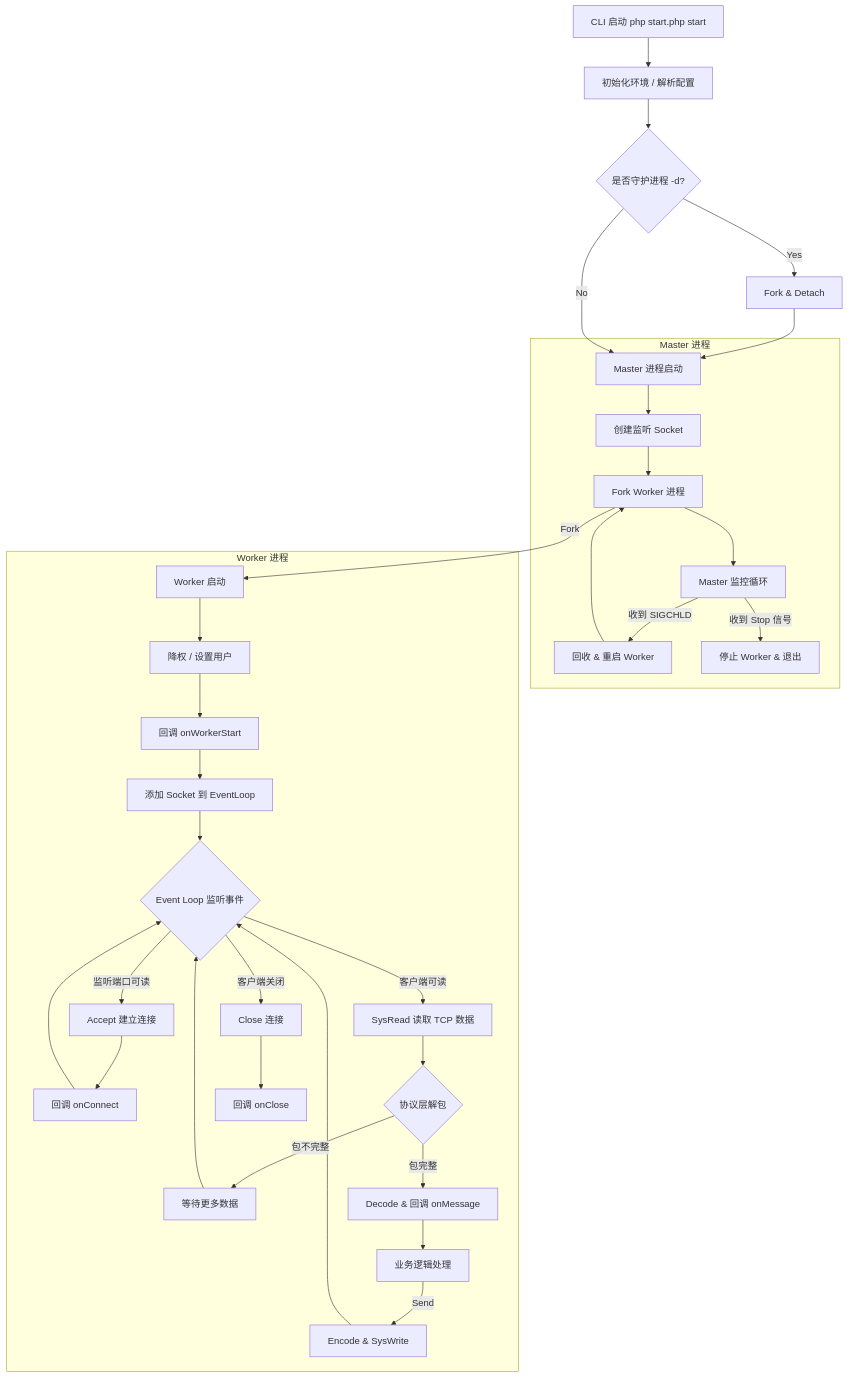
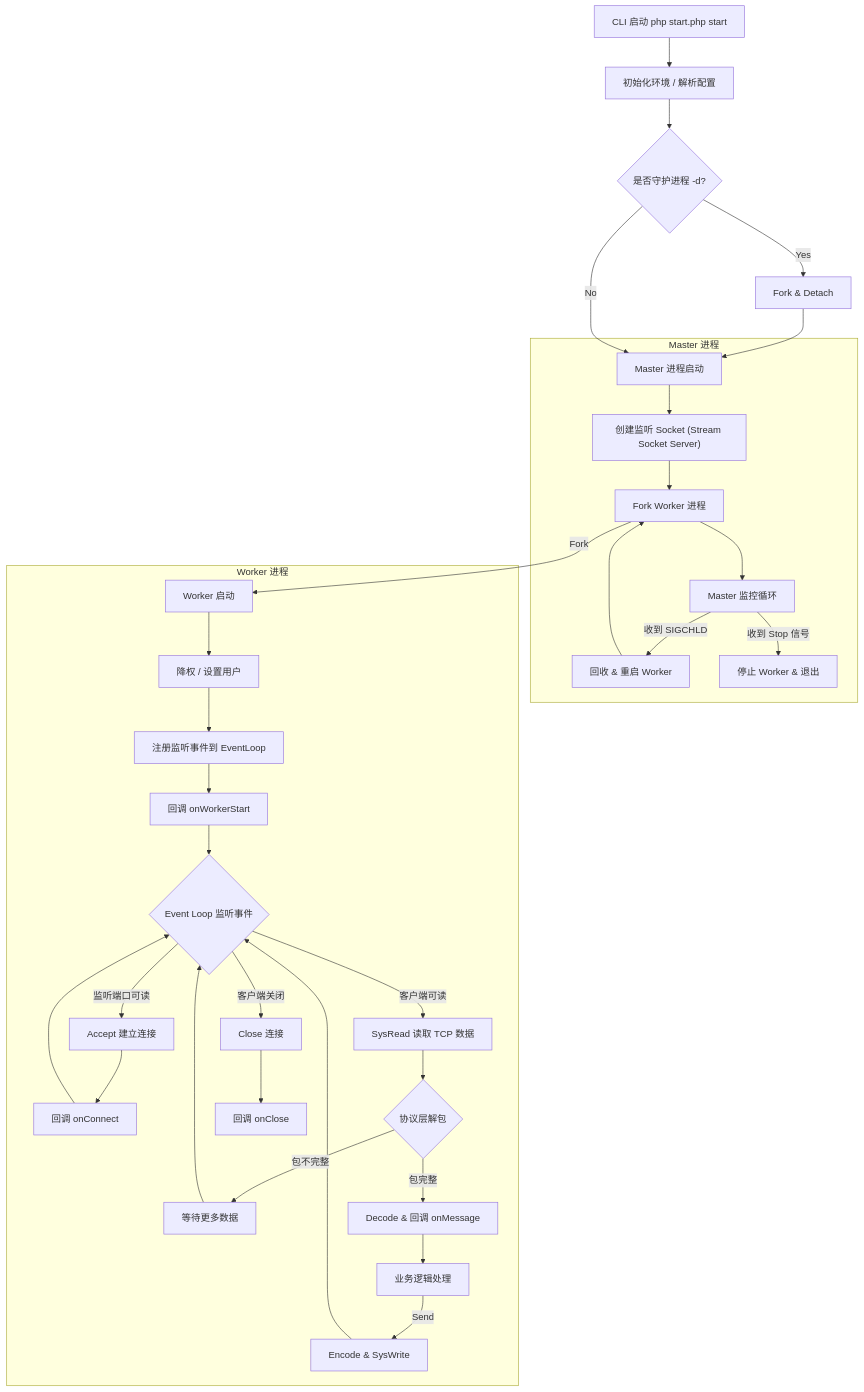
The first of 2 diagrams in workerman.md (goKosPlay/php-interview-and-answser), drawn with Mermaid before and after one commit.

````diff
--- a/workerman.md
+++ b/workerman.md
@@ -15,42 +15,42 @@
     ```mermaid
     graph TD
         Start[CLI 启动 php start.php start] --> Init[初始化环境 / 解析配置]
         Init --> Daemon{是否守护进程 -d?}
         Daemon -- Yes --> ForkMaster[Fork & Detach]
         ForkMaster --> MasterRunning[Master 进程启动]
         Daemon -- No --> MasterRunning
         
         subgraph MasterProcess [Master 进程]
-            MasterRunning --> CreateSocket[创建监听 Socket]
-            CreateSocket --> ForkWorkers[Fork Worker 进程]
+            MasterRunning --> CreateSockets["创建监听 Socket (Stream Socket Server)"]
+            CreateSockets --> ForkWorkers[Fork Worker 进程]
             ForkWorkers --> MasterLoop[Master 监控循环]
             MasterLoop -- 收到 SIGCHLD --> ReloadWorker[回收 & 重启 Worker]
             ReloadWorker --> ForkWorkers
             MasterLoop -- 收到 Stop 信号 --> StopWorkers[停止 Worker & 退出]
         end
         
         ForkWorkers -- Fork --> WorkerStart
         
         subgraph WorkerProcess [Worker 进程]
             WorkerStart[Worker 启动] --> UserSetup[降权 / 设置用户]
-            UserSetup --> CallWorkerStart[回调 onWorkerStart]
-            CallWorkerStart --> AddEvent[添加 Socket 到 EventLoop]
-            AddEvent --> Loop{Event Loop 监听事件}
+            UserSetup --> AddEvent[注册监听事件到 EventLoop]
+            AddEvent --> CallWorkerStart[回调 onWorkerStart]
+            CallWorkerStart --> Loop{Event Loop 监听事件}
             
             Loop -- 监听端口可读 --> Accept[Accept 建立连接]
             Accept --> OnConnect[回调 onConnect]
             OnConnect --> Loop
             
             Loop -- 客户端可读 --> Read[SysRead 读取 TCP 数据]
             Read --> Protocol{协议层解包}
             Protocol -- 包不完整 --> WaitMore[等待更多数据]
             WaitMore --> Loop
             Protocol -- 包完整 --> Decode[Decode & 回调 onMessage]
             Decode --> Logic[业务逻辑处理]
             Logic -- Send --> Encode[Encode & SysWrite]
             Encode --> Loop
             
             Loop -- 客户端关闭 --> Close[Close 连接]
             Close --> OnClose[回调 onClose]
         end
     ```
````
